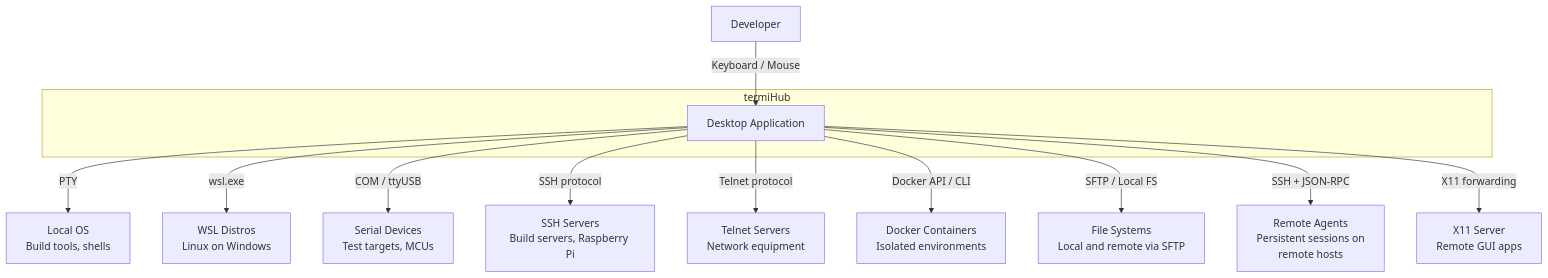
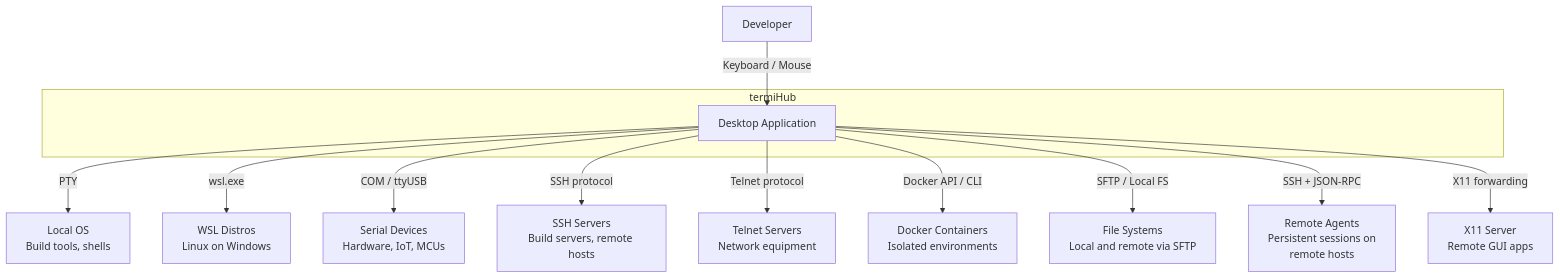
One commit to armaxri/termiHub changed the first of 23 diagrams in docs/architecture.md. Above: the diagram before and after it, drawn with Mermaid. The commit also changed other lines of this file and 8 other files, not shown here.

````diff
--- a/docs/architecture.md
+++ b/docs/architecture.md
@@ -103,29 +103,29 @@
 ```mermaid
 graph TB
     DEV[Developer]
 
     subgraph "termiHub"
         APP[Desktop Application]
     end
 
     LOCAL[Local OS<br/>Build tools, shells]
     WSL_ENV[WSL Distros<br/>Linux on Windows]
-    SERIAL[Serial Devices<br/>Test targets, MCUs]
-    SSH_HOST[SSH Servers<br/>Build servers, Raspberry Pi]
+    SERIAL[Serial Devices<br/>Hardware, IoT, MCUs]
+    SSH_HOST[SSH Servers<br/>Build servers, remote hosts]
     TELNET_HOST[Telnet Servers<br/>Network equipment]
     DOCKER[Docker Containers<br/>Isolated environments]
     FS[File Systems<br/>Local and remote via SFTP]
     AGENT[Remote Agents<br/>Persistent sessions on<br/>remote hosts]
     X11[X11 Server<br/>Remote GUI apps]
 
     DEV -->|Keyboard / Mouse| APP
     APP -->|PTY| LOCAL
     APP -->|wsl.exe| WSL_ENV
     APP -->|COM / ttyUSB| SERIAL
     APP -->|SSH protocol| SSH_HOST
     APP -->|Telnet protocol| TELNET_HOST
     APP -->|Docker API / CLI| DOCKER
     APP -->|SFTP / Local FS| FS
     APP -->|SSH + JSON-RPC| AGENT
     APP -->|X11 forwarding| X11
 ```
````
